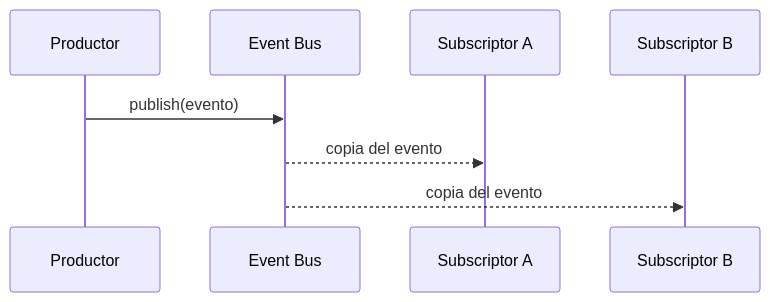
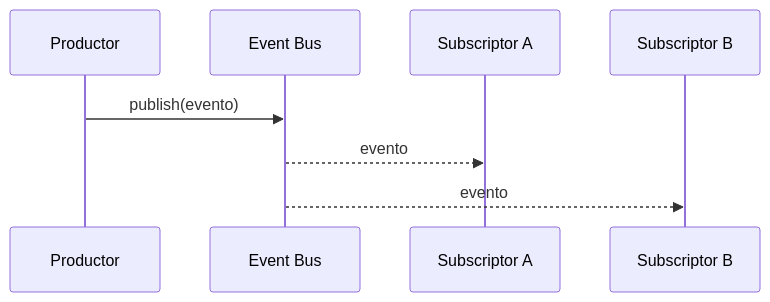
One commit to teamdroid-trainer/docs-docusaurus-trainer changed the fifth of 12 diagrams in docs/backend-java-quarkus/06-event-driven-mfa/event-bus-mfa.md. Above: the diagram before and after it, drawn with Mermaid. The commit also changed other lines of this file and 7 other files, not shown here.

Commit message:
docs: division de kafka en teoria e implementacion con mdx interactivos y diagramas mermaid, resolucion de bugs de docusaurus

````diff
--- a/docs/backend-java-quarkus/06-event-driven-mfa/event-bus-mfa.md
+++ b/docs/backend-java-quarkus/06-event-driven-mfa/event-bus-mfa.md
@@ -89,10 +102,10 @@
 ```mermaid
 sequenceDiagram
     participant P as Productor
     participant EB as Event Bus
     participant A as Subscriptor A
     participant B as Subscriptor B
     P->>EB: publish(evento)
-    EB-->>A: copia del evento
-    EB-->>B: copia del evento
+    EB-->>A: evento
+    EB-->>B: evento
 ```
````
